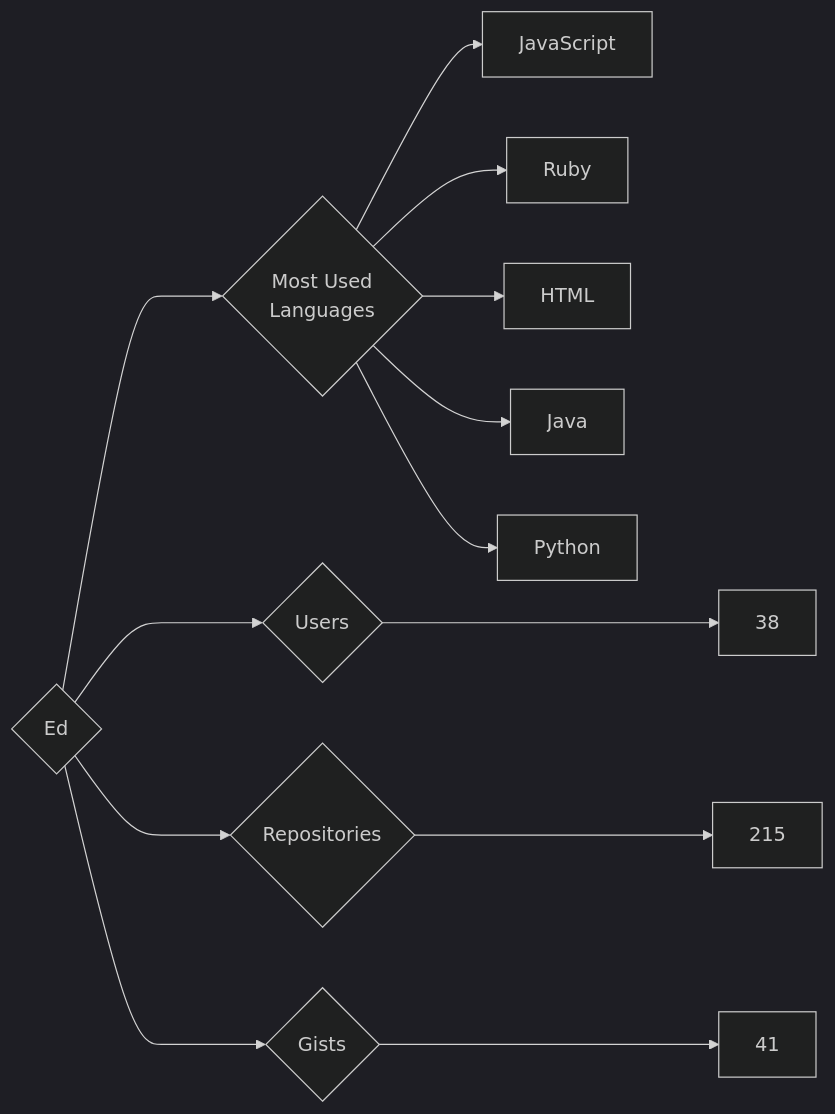
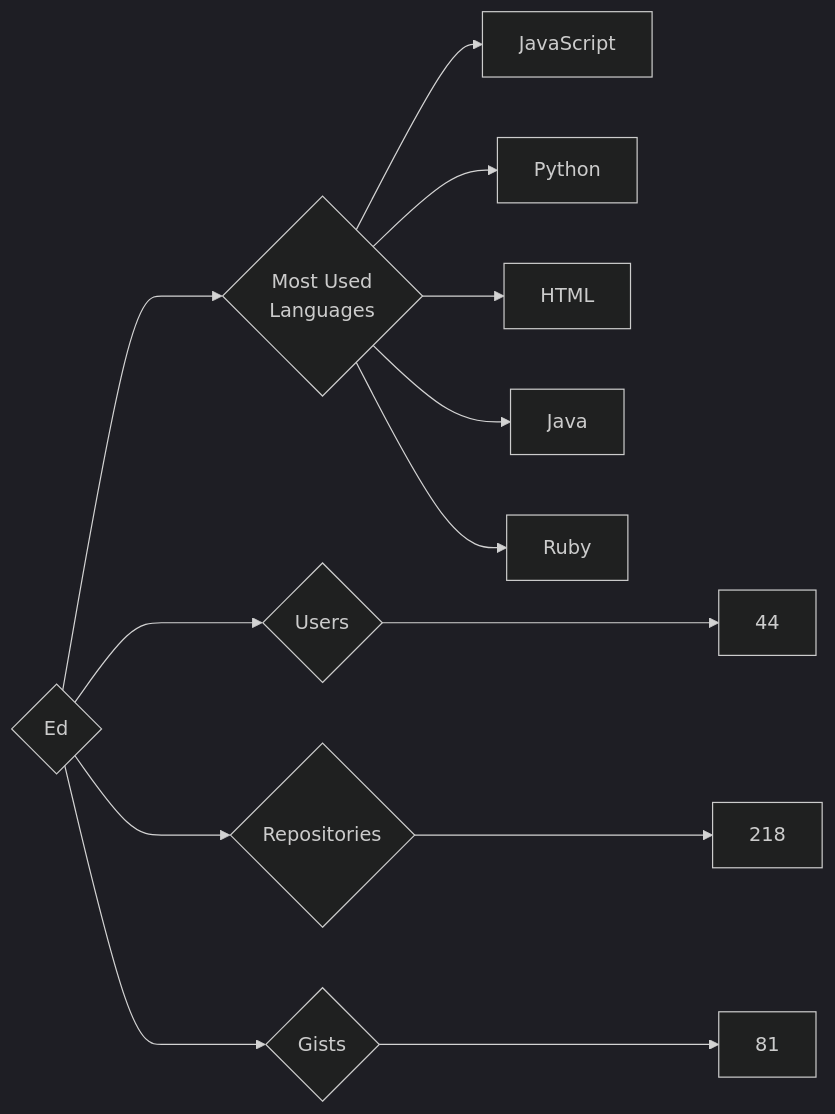
The diagram in targets/Ed/README.md (trickest/insiders), drawn with Mermaid (dark theme) before and after one commit. The commit also changed 736 other files, not shown here.

````diff
--- a/targets/Ed/README.md
+++ b/targets/Ed/README.md
@@ -3,13 +3,13 @@
 ```mermaid
 graph LR
 COMPANY_NAME{Ed}
-COMPANY_NAME ---> U{Users} ---> UN[38]
-COMPANY_NAME ---> R{Repositories} ---> RN[215]
-COMPANY_NAME ---> G{Gists} ---> GN[41]
+COMPANY_NAME ---> U{Users} ---> UN[44]
+COMPANY_NAME ---> R{Repositories} ---> RN[218]
+COMPANY_NAME ---> G{Gists} ---> GN[81]
 COMPANY_NAME ---> ML{Most Used<br>Languages}
 ML --> JavaScript[JavaScript]
-ML --> Ruby[Ruby]
+ML --> Python[Python]
 ML --> HTML[HTML]
 ML --> Java[Java]
-ML --> Python[Python]
+ML --> Ruby[Ruby]
 ```
````
